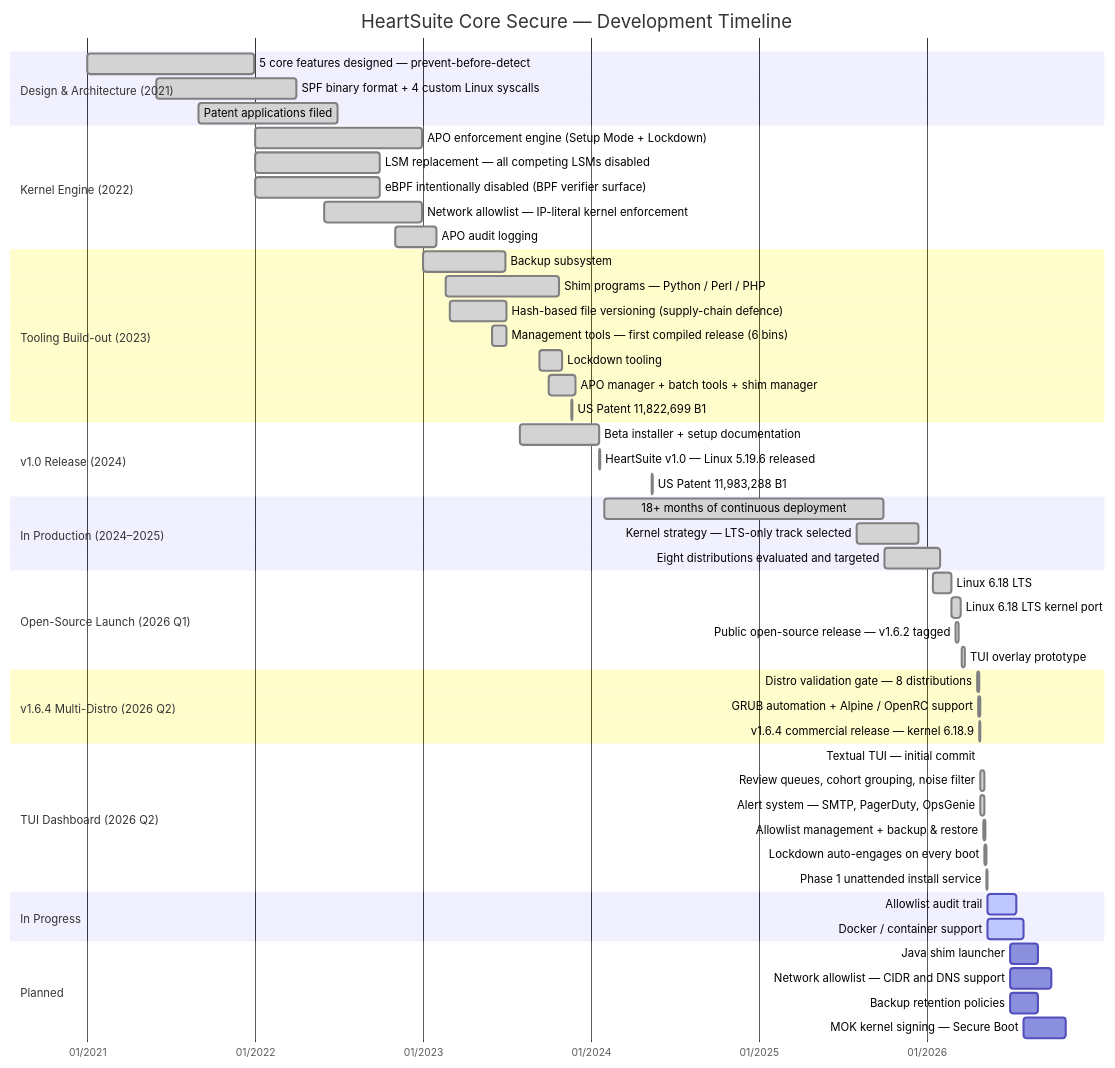
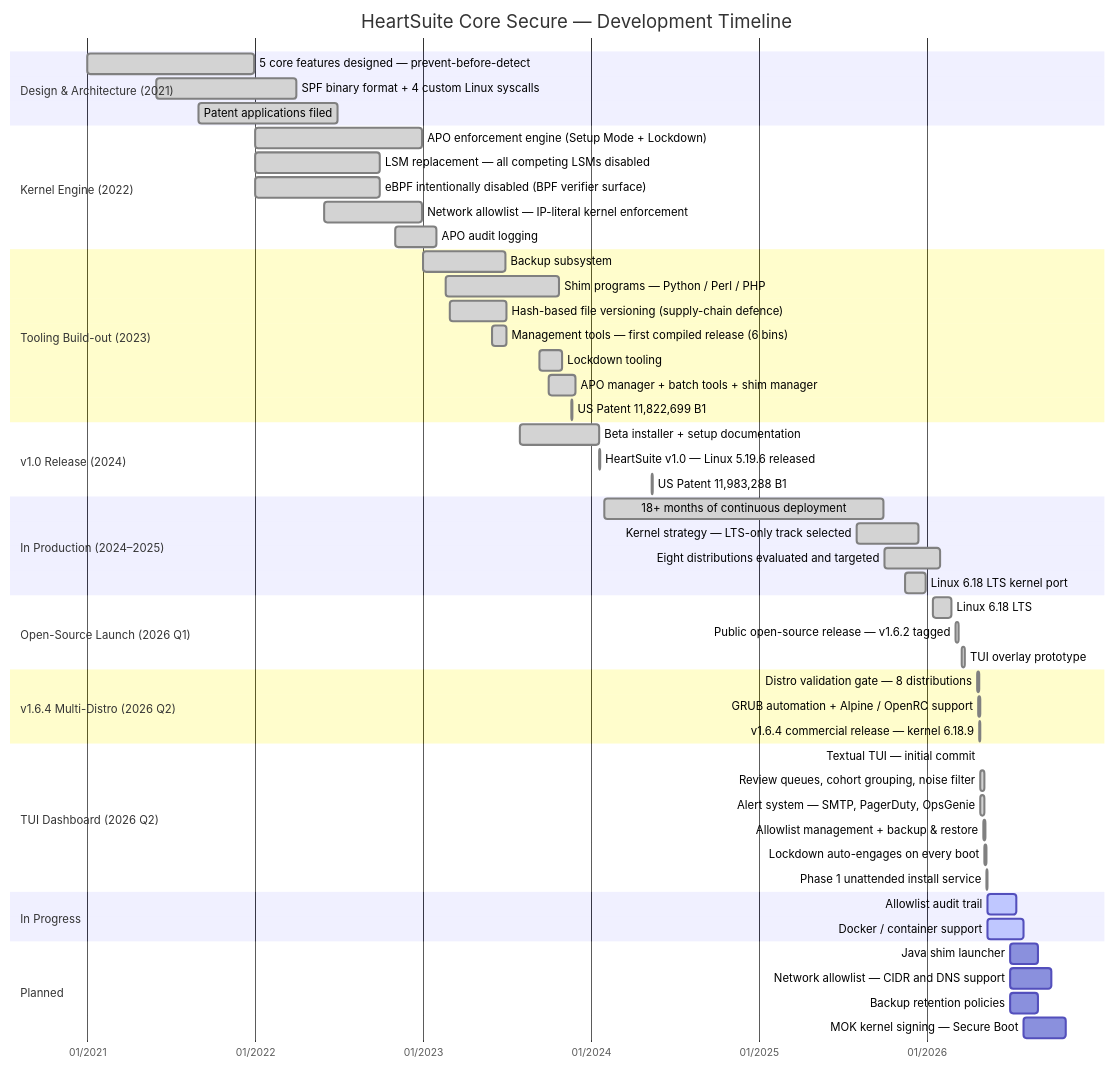
The diagram in content/en/docs/roadmap/_index.md (HeartSecuritySuite/heartsuite-docs), drawn with Mermaid before and after one commit. The commit also changed other lines of this file, not shown here.

Commit message:
docs(roadmap): move Linux 6.18 LTS kernel port to 2025 section

````diff
--- a/content/en/docs/roadmap/_index.md
+++ b/content/en/docs/roadmap/_index.md
@@ -21,66 +21,66 @@
 ```mermaid
 gantt
     title HeartSuite Core Secure — Development Timeline
     dateFormat YYYY-MM-DD
     axisFormat %m/%Y
 
     section Design & Architecture (2021)
     5 core features designed — prevent-before-detect  :done, 2021-01-01, 2021-12-31
     SPF binary format + 4 custom Linux syscalls        :done, 2021-06-01, 2022-03-31
     Patent applications filed                          :done, 2021-09-01, 2022-06-30
 
     section Kernel Engine (2022)
     APO enforcement engine (Setup Mode + Lockdown)     :done, 2022-01-01, 2022-12-31
     LSM replacement — all competing LSMs disabled      :done, 2022-01-01, 2022-09-30
     eBPF intentionally disabled (BPF verifier surface) :done, 2022-01-01, 2022-09-30
     Network allowlist — IP-literal kernel enforcement  :done, 2022-06-01, 2022-12-31
     APO audit logging                                  :done, 2022-11-01, 2023-01-31
 
     section Tooling Build-out (2023)
     Backup subsystem                                  :done, 2023-01-01, 2023-06-30
     Shim programs — Python / Perl / PHP               :done, 2023-02-20, 2023-10-25
     Hash-based file versioning (supply-chain defence) :done, 2023-03-01, 2023-07-01
     Management tools — first compiled release (6 bins) :done, 2023-06-01, 2023-07-01
     Lockdown tooling                                  :done, 2023-09-11, 2023-10-31
     APO manager + batch tools + shim manager          :done, 2023-10-01, 2023-11-30
     US Patent 11,822,699 B1                           :done, 2023-11-21, 2023-11-22
 
     section v1.0 Release (2024)
     Beta installer + setup documentation              :done, 2023-07-31, 2024-01-20
     HeartSuite v1.0 — Linux 5.19.6 released           :done, 2024-01-20, 2024-01-21
     US Patent 11,983,288 B1                           :done, 2024-05-14, 2024-05-15
 
     section In Production (2024–2025)
     18+ months of continuous deployment        :done, 2024-02-01, 2025-09-30
     Kernel strategy — LTS-only track selected         :done, 2025-08-01, 2025-12-15
     Eight distributions evaluated and targeted        :done, 2025-10-01, 2026-01-31
+    Linux 6.18 LTS kernel port                        :done, 2025-11-15, 2025-12-31
 
     section Open-Source Launch (2026 Q1)
     Linux 6.18 LTS          :done, 2026-01-15, 2026-02-24
-    Linux 6.18 LTS kernel port                        :done, 2026-02-25, 2026-03-17
     Public open-source release — v1.6.2 tagged        :done, 2026-03-05, 2026-03-12
     TUI overlay prototype                             :done, 2026-03-18, 2026-03-26
 
     section v1.6.4 Multi-Distro (2026 Q2)
     Distro validation gate — 8 distributions          :done, 2026-04-22, 2026-04-26
     GRUB automation + Alpine / OpenRC support         :done, 2026-04-23, 2026-04-29
     v1.6.4 commercial release — kernel 6.18.9         :done, 2026-04-26, 2026-04-27
 
     section TUI Dashboard (2026 Q2)
     Textual TUI — initial commit                      :done, 2026-04-28, 2026-04-29
     Review queues, cohort grouping, noise filter      :done, 2026-04-28, 2026-05-07
     Alert system — SMTP, PagerDuty, OpsGenie          :done, 2026-04-28, 2026-05-07
     Allowlist management + backup & restore           :done, 2026-05-04, 2026-05-10
     Lockdown auto-engages on every boot               :done, 2026-05-07, 2026-05-12
     Phase 1 unattended install service                :done, 2026-05-12, 2026-05-14
 
     section In Progress
     Allowlist audit trail                             :active, 2026-05-14, 2026-07-15
     Docker / container support                        :active, 2026-05-14, 2026-07-31
 
     section Planned
     Java shim launcher                               :2026-07-01, 2026-08-31
     Network allowlist — CIDR and DNS support         :2026-07-01, 2026-09-30
     Backup retention policies                        :2026-07-01, 2026-08-31
     MOK kernel signing — Secure Boot                 :2026-08-01, 2026-10-31
 ```
````
